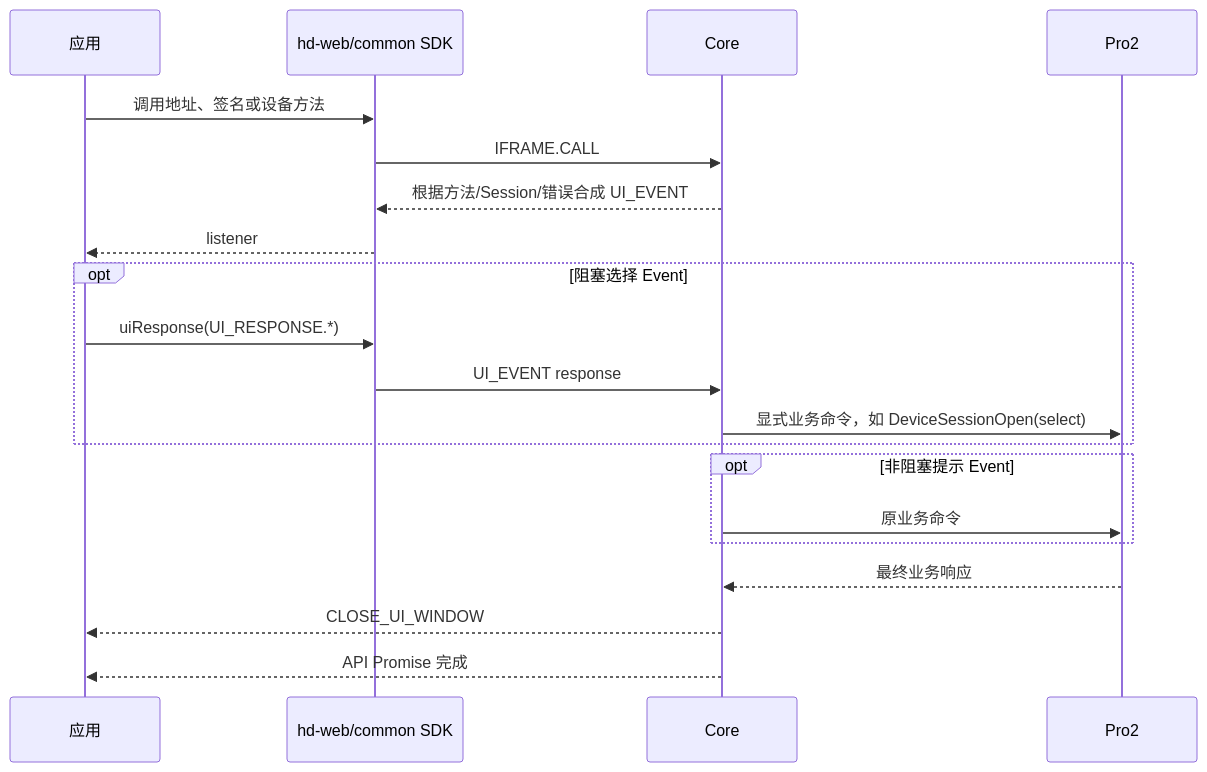
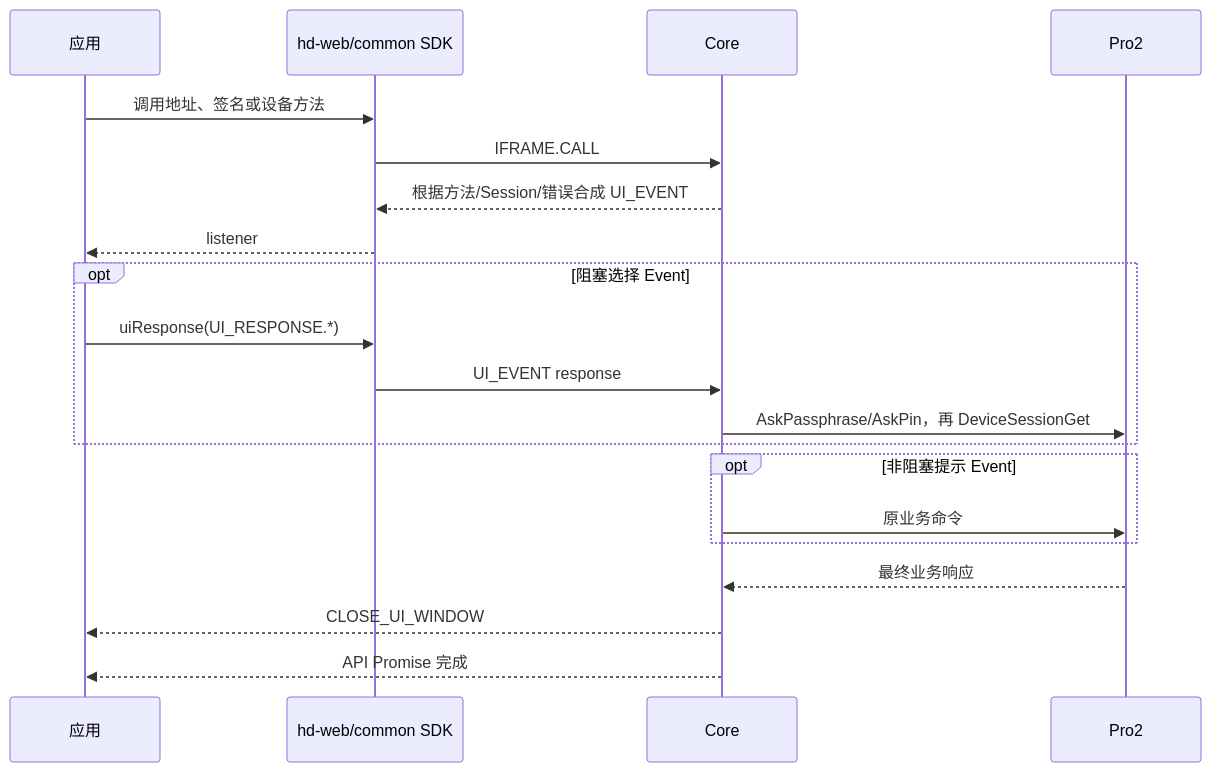
The second of 2 diagrams in docs/sdk/events.md (OneKeyHQ/hardware-js-sdk), drawn with Mermaid before and after one commit. The commit also changed other lines of this file and 30 other files, not shown here.

````diff
--- a/docs/sdk/events.md
+++ b/docs/sdk/events.md
@@ -112,23 +112,23 @@
 ```mermaid
 sequenceDiagram
   participant App as 应用
   participant SDK as hd-web/common SDK
   participant Core
   participant Device as Pro2
 
   App->>SDK: 调用地址、签名或设备方法
   SDK->>Core: IFRAME.CALL
   Core-->>SDK: 根据方法/Session/错误合成 UI_EVENT
   SDK-->>App: listener
   opt 阻塞选择 Event
     App->>SDK: uiResponse(UI_RESPONSE.*)
     SDK->>Core: UI_EVENT response
-    Core->>Device: 显式业务命令，如 DeviceSessionOpen(select)
+    Core->>Device: AskPassphrase/AskPin，再 DeviceSessionGet
   end
   opt 非阻塞提示 Event
     Core->>Device: 原业务命令
   end
   Device-->>Core: 最终业务响应
   Core-->>App: CLOSE_UI_WINDOW
   Core-->>App: API Promise 完成
 ```
````
